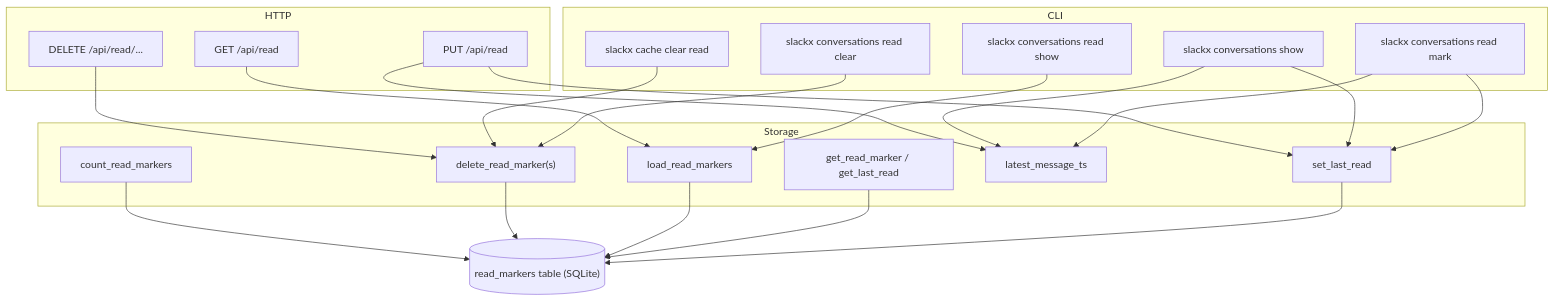
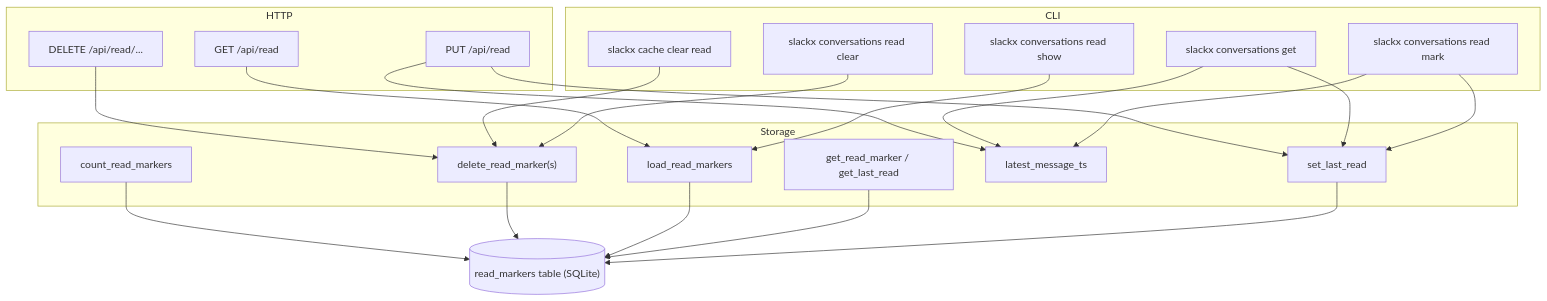
One commit to TomzxCode/slackx changed the first of 5 diagrams in .sdlc/features/p3-read-markers/specification.md. Above: the diagram before and after it, drawn with Mermaid. The commit also changed other lines of this file and 25 other files, not shown here.

First line of the commit message:
docs: document get commands and show aliases

````diff
--- a/.sdlc/features/p3-read-markers/specification.md
+++ b/.sdlc/features/p3-read-markers/specification.md
@@ -19,40 +19,40 @@
 ```mermaid
 flowchart TD
     subgraph CLI
         mark["slackx conversations read mark"]
         show["slackx conversations read show"]
         clear["slackx conversations read clear"]
         cacheclear["slackx cache clear read"]
-        convshow["slackx conversations show"]
+        convshow["slackx conversations get"]
     end
     subgraph HTTP
         get["GET /api/read"]
         put["PUT /api/read"]
         del["DELETE /api/read/..."]
     end
     subgraph Storage
         set["set_last_read"]
         getm["get_read_marker / get_last_read"]
         load["load_read_markers"]
         delm["delete_read_marker(s)"]
         latest["latest_message_ts"]
         count["count_read_markers"]
     end
     db[("read_markers table (SQLite)")]
     mark --> latest
     mark --> set
     convshow --> latest
     convshow --> set
     show --> load
     clear --> delm
     cacheclear --> delm
     get --> load
     put --> latest
     put --> set
     del --> delm
     set --> db
     getm --> db
     load --> db
     delm --> db
     count --> db
 ```
````
